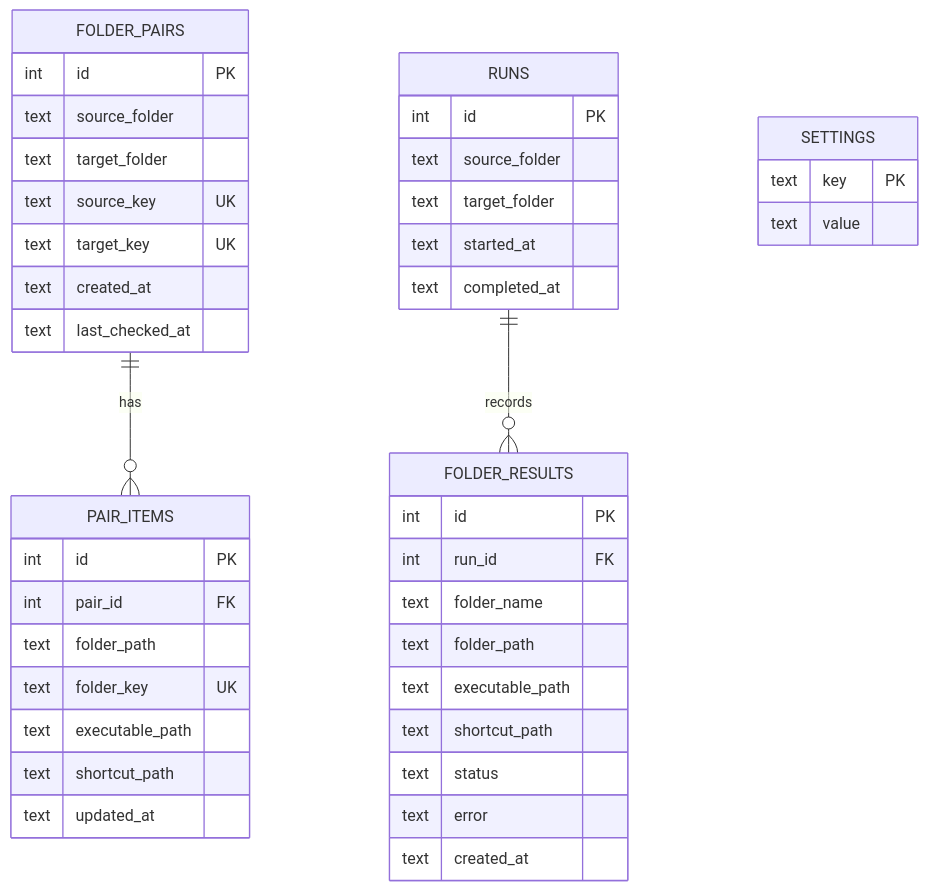
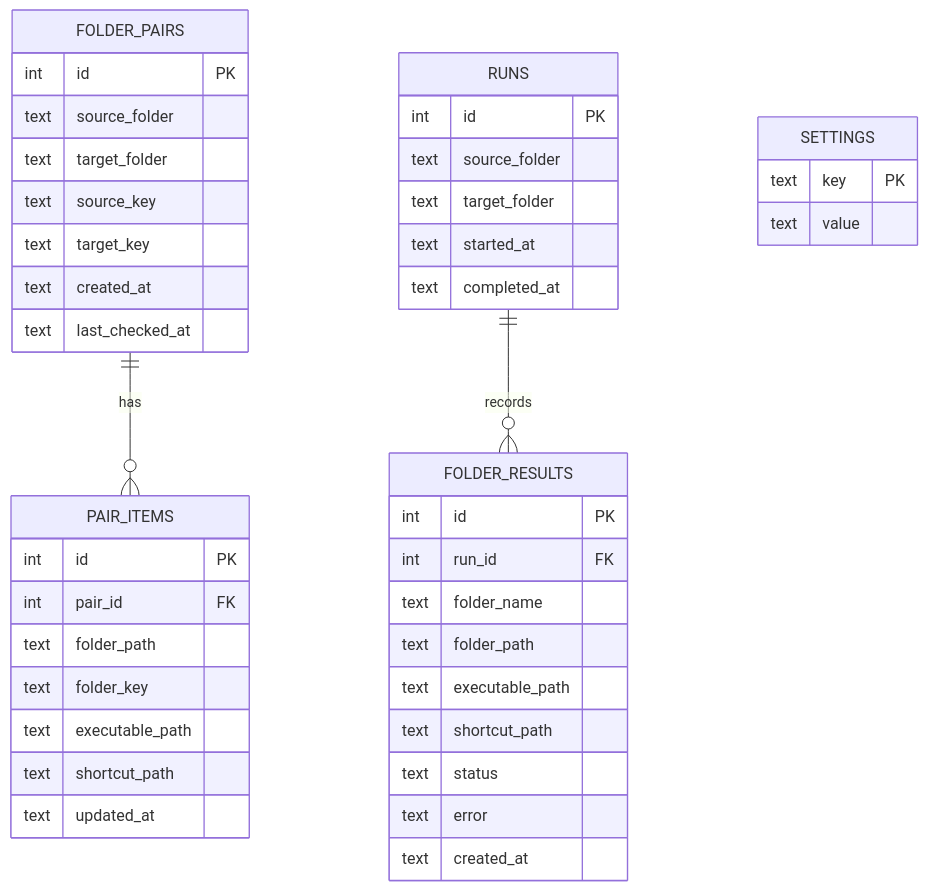
One commit to tbkmax/ShortcutStudio changed the third of 5 diagrams in shortcut_studio/doc/workflow_diagram.md. Above: the diagram before and after it, drawn with Mermaid. The commit also changed other lines of this file and 50 other files, not shown here.

````diff
--- a/shortcut_studio/doc/workflow_diagram.md
+++ b/shortcut_studio/doc/workflow_diagram.md
@@ -172,45 +175,45 @@
 ```mermaid
 erDiagram
     FOLDER_PAIRS ||--o{ PAIR_ITEMS : "has"
     FOLDER_PAIRS {
         int id PK
         text source_folder
         text target_folder
-        text source_key UK
-        text target_key UK
+        text source_key
+        text target_key
         text created_at
         text last_checked_at
     }
     PAIR_ITEMS {
         int id PK
         int pair_id FK
         text folder_path
-        text folder_key UK
+        text folder_key
         text executable_path
         text shortcut_path
         text updated_at
     }
     RUNS ||--o{ FOLDER_RESULTS : "records"
     RUNS {
         int id PK
         text source_folder
         text target_folder
         text started_at
         text completed_at
     }
     FOLDER_RESULTS {
         int id PK
         int run_id FK
         text folder_name
         text folder_path
         text executable_path
         text shortcut_path
         text status
         text error
         text created_at
     }
     SETTINGS {
         text key PK
         text value
     }
 ```
````
